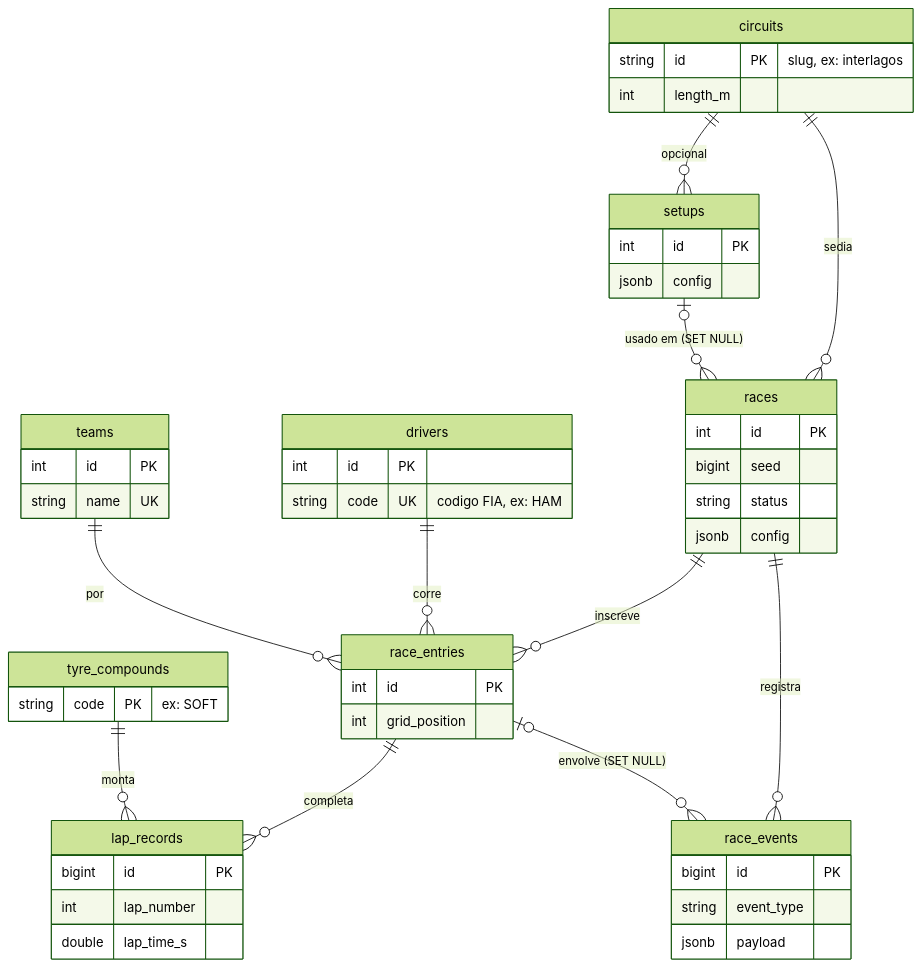
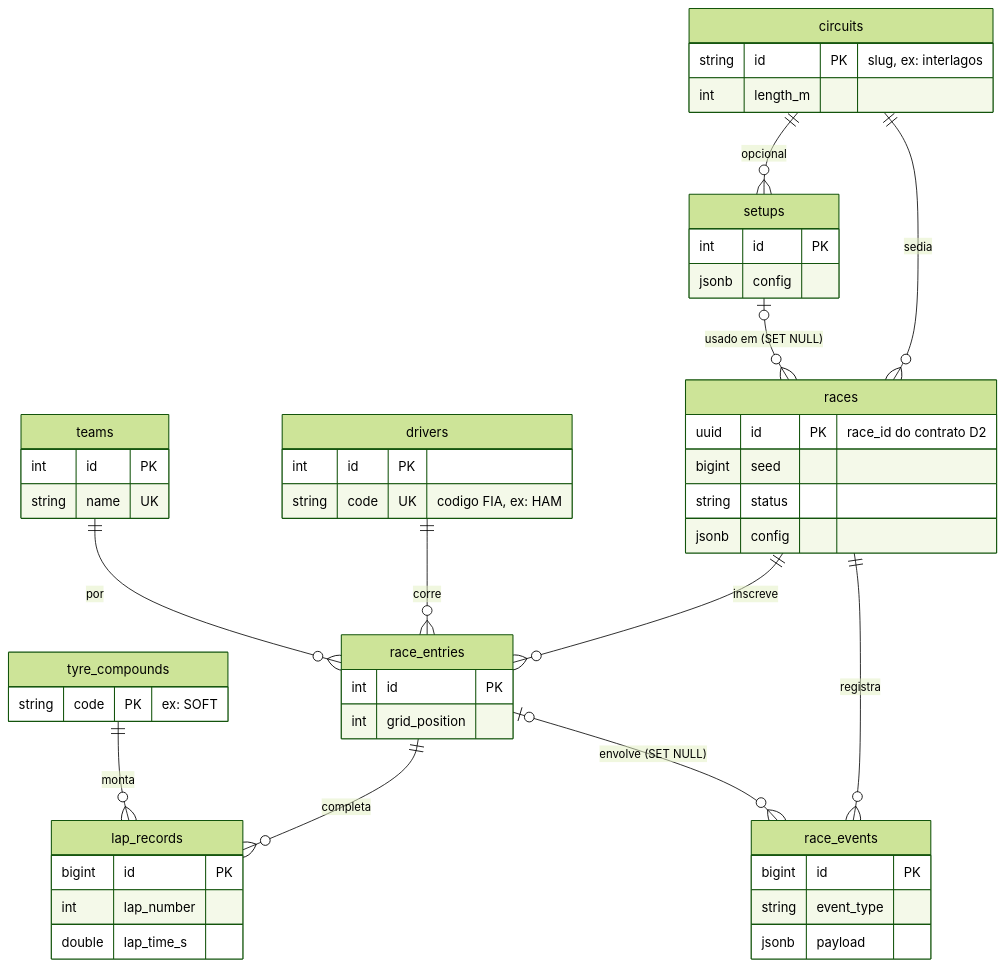
One commit to daniel-sfranco/ApexSim changed the diagram in docs/banco-de-dados.md. Above: the diagram before and after it, drawn with Mermaid (forest theme). The commit also changed other lines of this file and 3 other files, not shown here.

First line of the commit message:
feat(data): usa UUID em races.id, alinhado ao race_id do contrato D2

````diff
--- a/docs/banco-de-dados.md
+++ b/docs/banco-de-dados.md
@@ -12,53 +12,53 @@
 ```mermaid
 erDiagram
     circuits ||--o{ races : "sedia"
     circuits ||--o{ setups : "opcional"
     setups   |o--o{ races : "usado em (SET NULL)"
     races    ||--o{ race_entries : "inscreve"
     drivers  ||--o{ race_entries : "corre"
     teams    ||--o{ race_entries : "por"
     race_entries ||--o{ lap_records : "completa"
     tyre_compounds ||--o{ lap_records : "monta"
     races    ||--o{ race_events : "registra"
     race_entries |o--o{ race_events : "envolve (SET NULL)"
 
     circuits {
         string id PK "slug, ex: interlagos"
         int length_m
     }
     drivers {
         int id PK
         string code UK "codigo FIA, ex: HAM"
     }
     teams {
         int id PK
         string name UK
     }
     tyre_compounds {
         string code PK "ex: SOFT"
     }
     setups {
         int id PK
         jsonb config
     }
     races {
-        int id PK
+        uuid id PK "race_id do contrato D2"
         bigint seed
         string status
         jsonb config
     }
     race_entries {
         int id PK
         int grid_position
     }
     lap_records {
         bigint id PK
         int lap_number
         double lap_time_s
     }
     race_events {
         bigint id PK
         string event_type
         jsonb payload
     }
 ```
````
